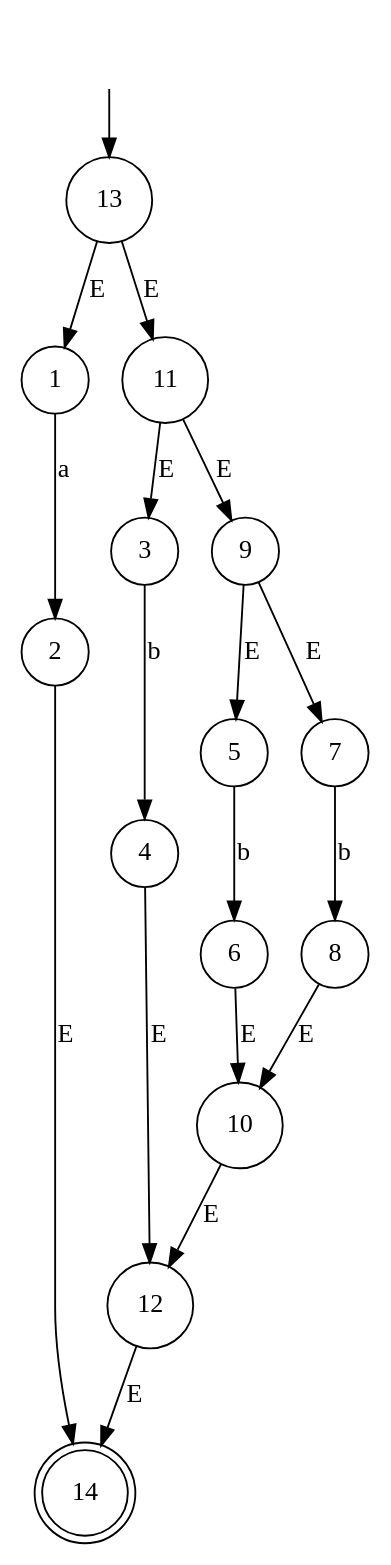
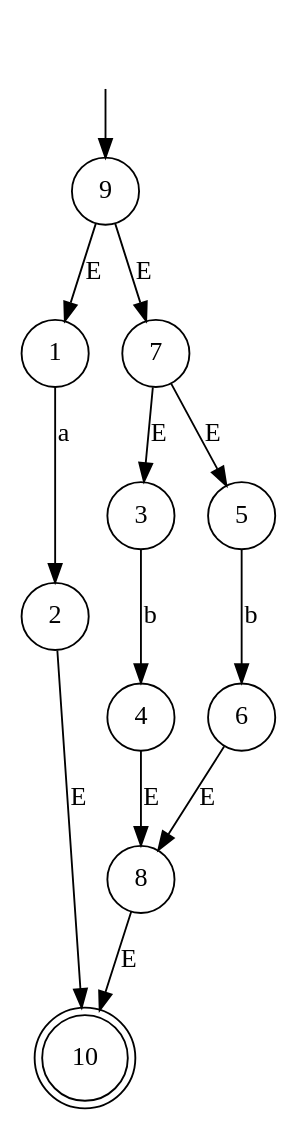
Before and after one commit to ihewro/qt-lexical-analyzer: the diagram in dots/nfa.dot, drawn with Graphviz. The commit also changed 2 other files, not shown here.

```diff
--- a/dots/nfa.dot
+++ b/dots/nfa.dot
@@ -1,35 +1,26 @@
 digraph G{
     ""[shape=none]
     "1"[shape=circle]
     "2"[shape=circle]
     "3"[shape=circle]
     "4"[shape=circle]
     "5"[shape=circle]
     "6"[shape=circle]
     "7"[shape=circle]
     "8"[shape=circle]
     "9"[shape=circle]
-    "10"[shape=circle]
-    "11"[shape=circle]
-    "12"[shape=circle]
-    "13"[shape=circle]
-    "14"[shape=doublecircle]
+    "10"[shape=doublecircle]
 
-    ""->"13"
+    ""->"9"
     "1" -> 2[label="a"]
-    "2" -> 14[label="E"]
+    "2" -> 10[label="E"]
     "3" -> 4[label="b"]
-    "4" -> 12[label="E"]
+    "4" -> 8[label="E"]
     "5" -> 6[label="b"]
-    "6" -> 10[label="E"]
-    "7" -> 8[label="b"]
+    "6" -> 8[label="E"]
+    "7" -> 3[label="E"]
+    "7" -> 5[label="E"]
     "8" -> 10[label="E"]
-    "9" -> 5[label="E"]
+    "9" -> 1[label="E"]
     "9" -> 7[label="E"]
-    "10" -> 12[label="E"]
-    "11" -> 3[label="E"]
-    "11" -> 9[label="E"]
-    "12" -> 14[label="E"]
-    "13" -> 1[label="E"]
-    "13" -> 11[label="E"]
 }
```
